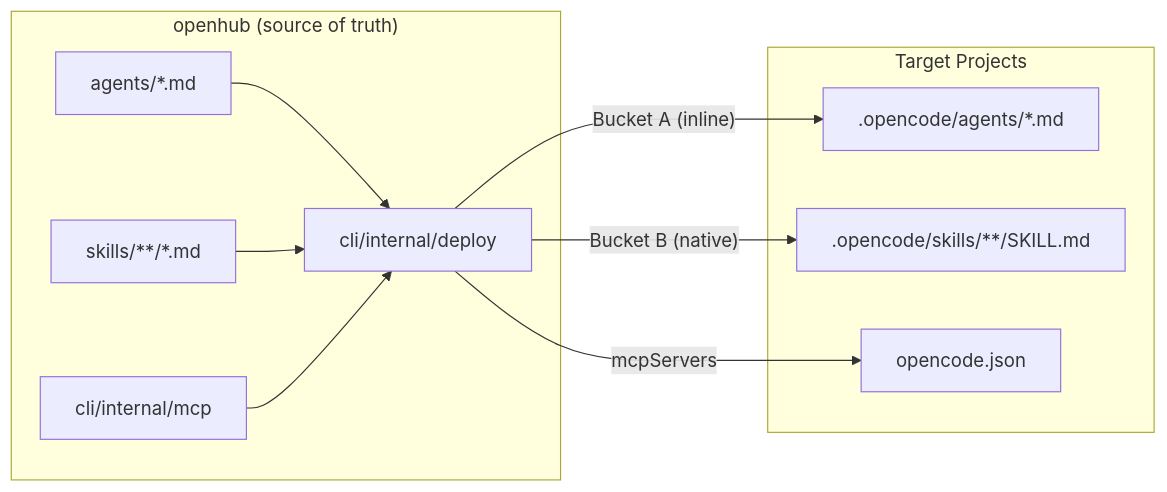
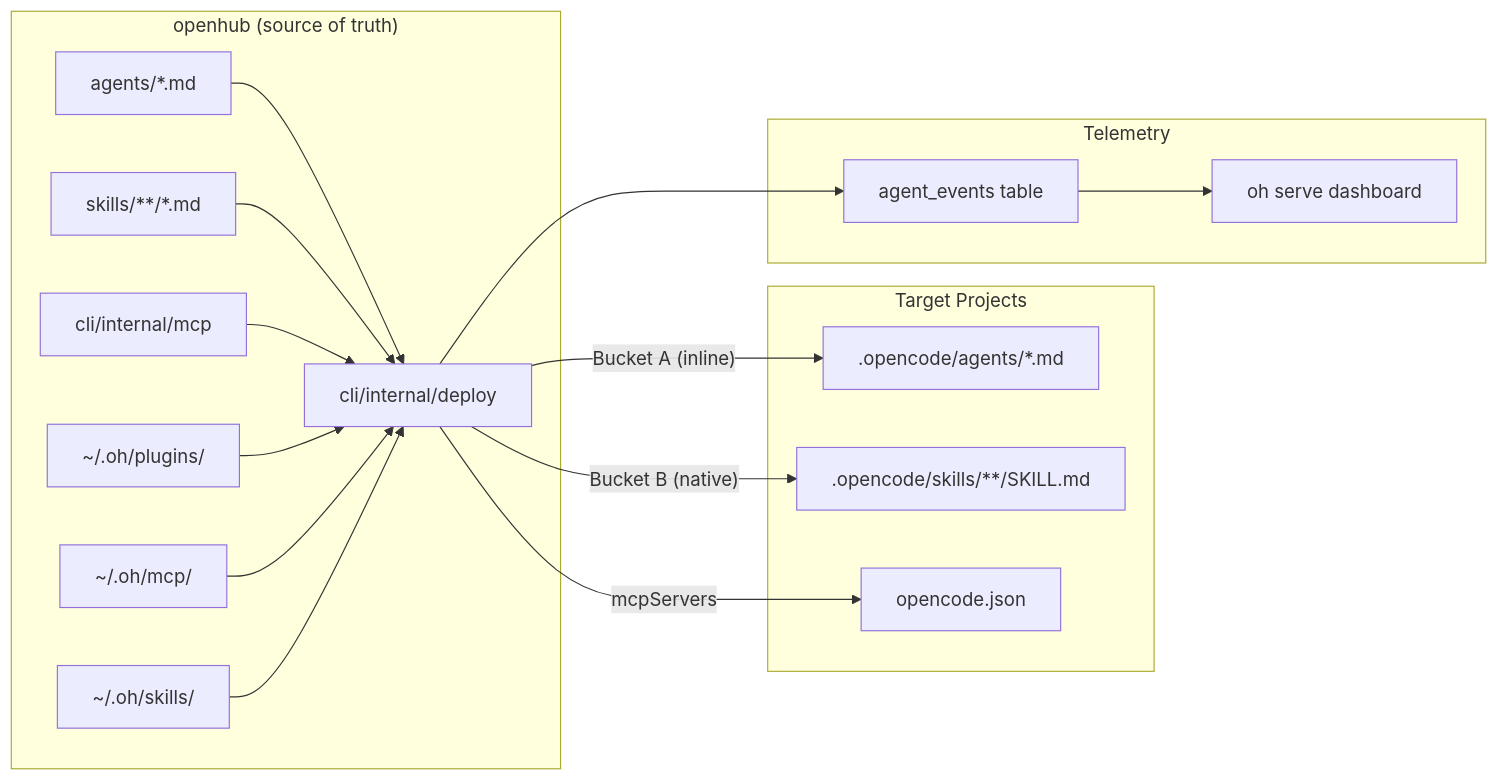
Before and after one commit to datichb/openhub: the first of 3 diagrams in docs/architecture/overview.en.md, drawn with Mermaid. The commit also changed other lines of this file and 44 other files, not shown here.

````diff
--- a/docs/architecture/overview.en.md
+++ b/docs/architecture/overview.en.md
@@ -69,14 +112,22 @@
 ```mermaid
 flowchart LR
     subgraph HUB["openhub (source of truth)"]
         A[agents/*.md] --> DEP[cli/internal/deploy]
         S[skills/**/*.md] --> DEP
         MCP[cli/internal/mcp] --> DEP
+        PLG[~/.oh/plugins/] --> DEP
+        MCPREG[~/.oh/mcp/] --> DEP
+        SKM[~/.oh/skills/] --> DEP
     end
 
     subgraph PROJECTS["Target Projects"]
         DEP -->|"Bucket A (inline)"| P1[".opencode/agents/*.md"]
         DEP -->|"Bucket B (native)"| P2[".opencode/skills/**/SKILL.md"]
         DEP -->|"mcpServers"| P3["opencode.json"]
     end
+
+    subgraph TELEMETRY["Telemetry"]
+        DEP --> EVT[agent_events table]
+        EVT --> DASH[oh serve dashboard]
+    end
 ```
````
